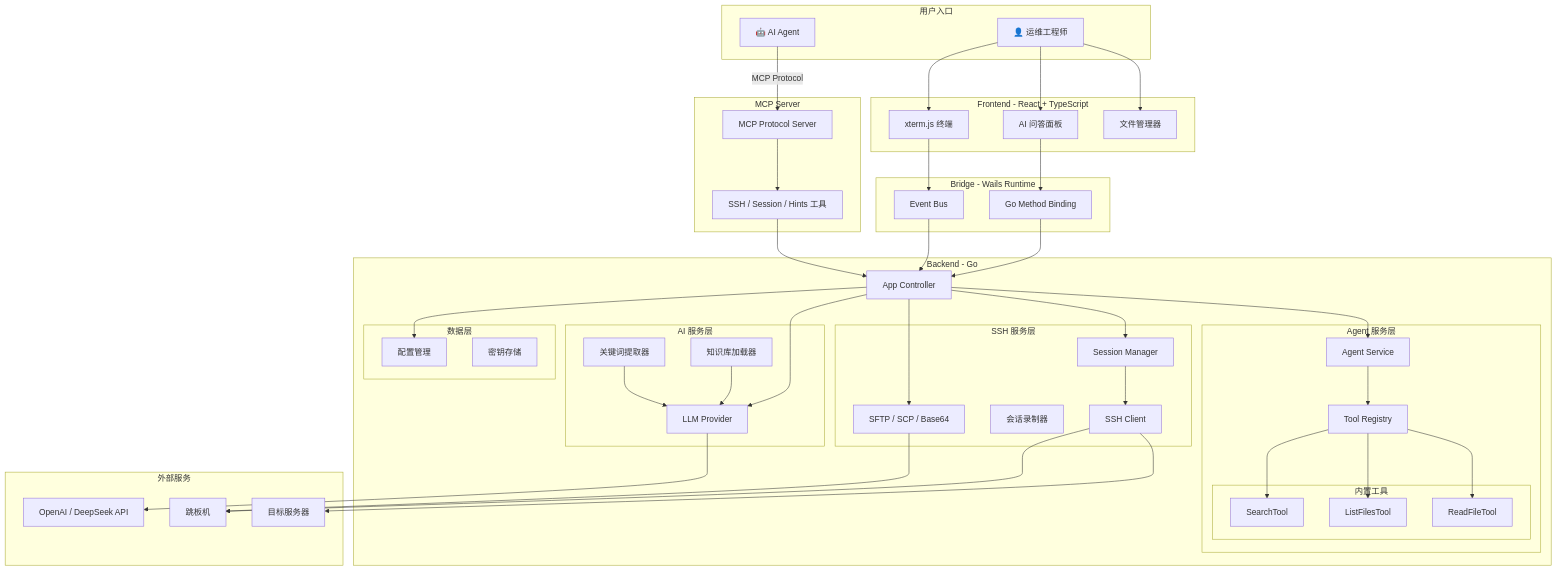
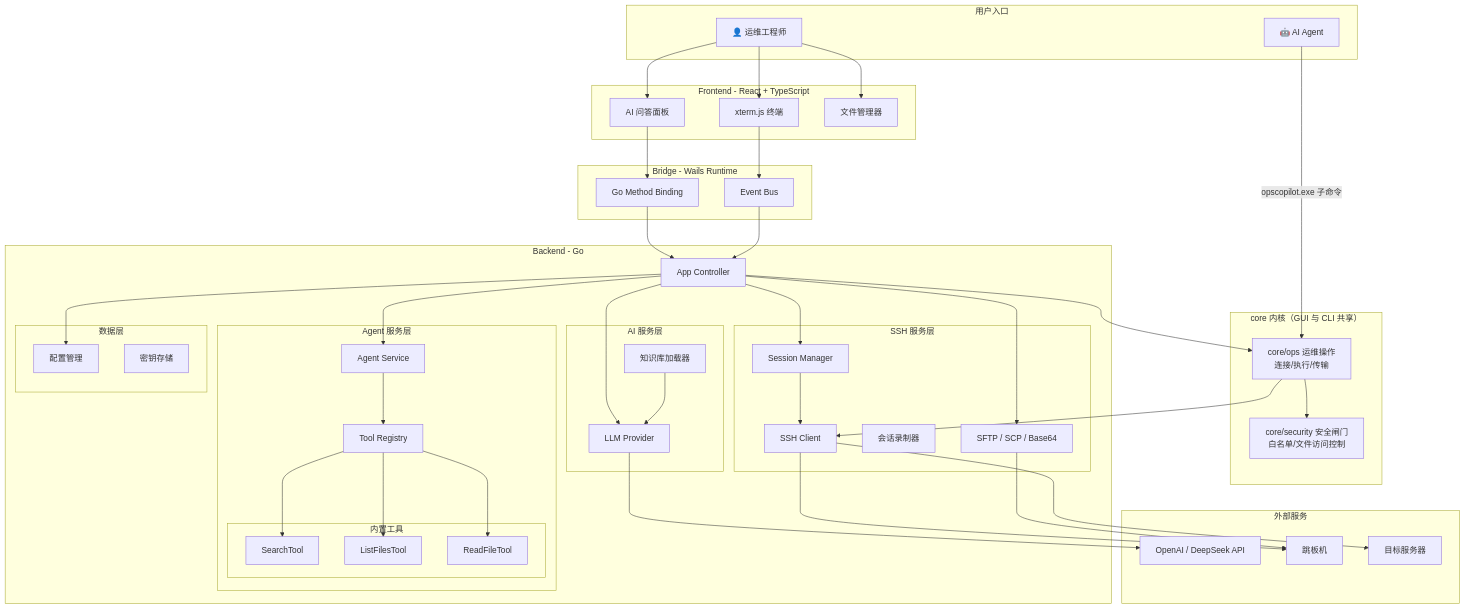
One commit to Tudou77826/OpsCopilot changed the diagram in README.md. Above: the diagram before and after it, drawn with Mermaid. The commit also changed other lines of this file and 36 other files, not shown here.

Commit message:
feat(core)!: 运维能力内核化 + CLI 化，MCP 彻底退场 (v1.8.0)

```diff
--- a/README.md
+++ b/README.md
@@ -330,9 +334,9 @@
         FileMgr[文件管理器]
     end
 
-    subgraph "MCP Server"
-        MCPServer[MCP Protocol Server]
-        MCPTools[SSH / Session / Hints 工具]
+    subgraph "core 内核（GUI 与 CLI 共享）"
+        Ops[core/ops 运维操作<br/>连接/执行/传输]
+        Security[core/security 安全闸门<br/>白名单/文件访问控制]
     end
 
     subgraph "Bridge - Wails Runtime"
@@ -357,7 +361,6 @@
         subgraph "AI 服务层"
             LLM[LLM Provider]
             Knowledge[知识库加载器]
-            TermExtractor[关键词提取器]
         end
 
         subgraph "SSH 服务层"
@@ -382,15 +385,14 @@
     UI --> Terminal
     UI --> AI_Panel
     UI --> FileMgr
-    Agent -->|MCP Protocol| MCPServer
+    Agent -->|opscopilot.exe 子命令| Ops
 
     Terminal --> Events
     AI_Panel --> Binding
-    MCPServer --> MCPTools
 
     Binding --> App
     Events --> App
-    MCPTools --> App
+    App --> Ops
 
     App --> AgentService
     AgentService --> ToolRegistry
@@ -403,9 +405,10 @@
     App --> FileTransfer
     App --> Config
 
+    Ops --> Security
+    Ops --> SSHClient
     LLM --> LLM_API
     Knowledge --> LLM
-    TermExtractor --> LLM
 
     SessionMgr --> SSHClient
     SSHClient --> Bastion
```
